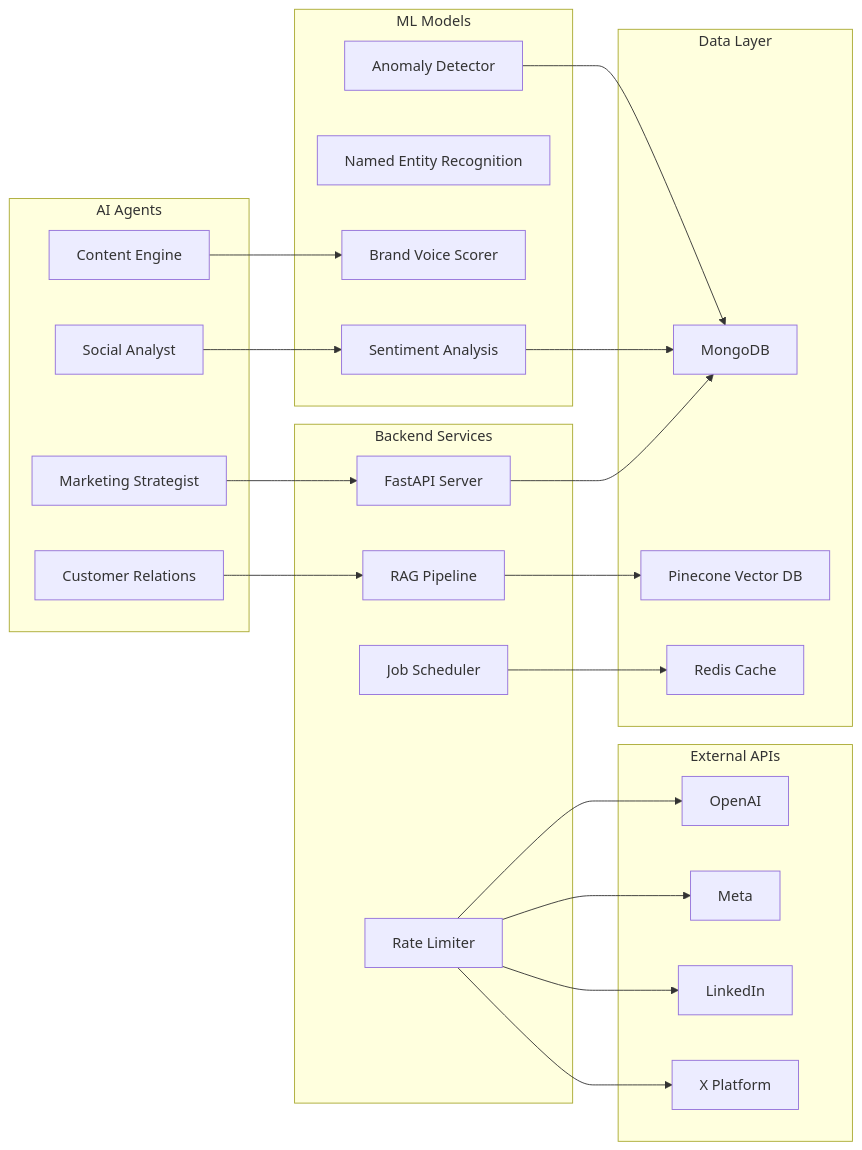
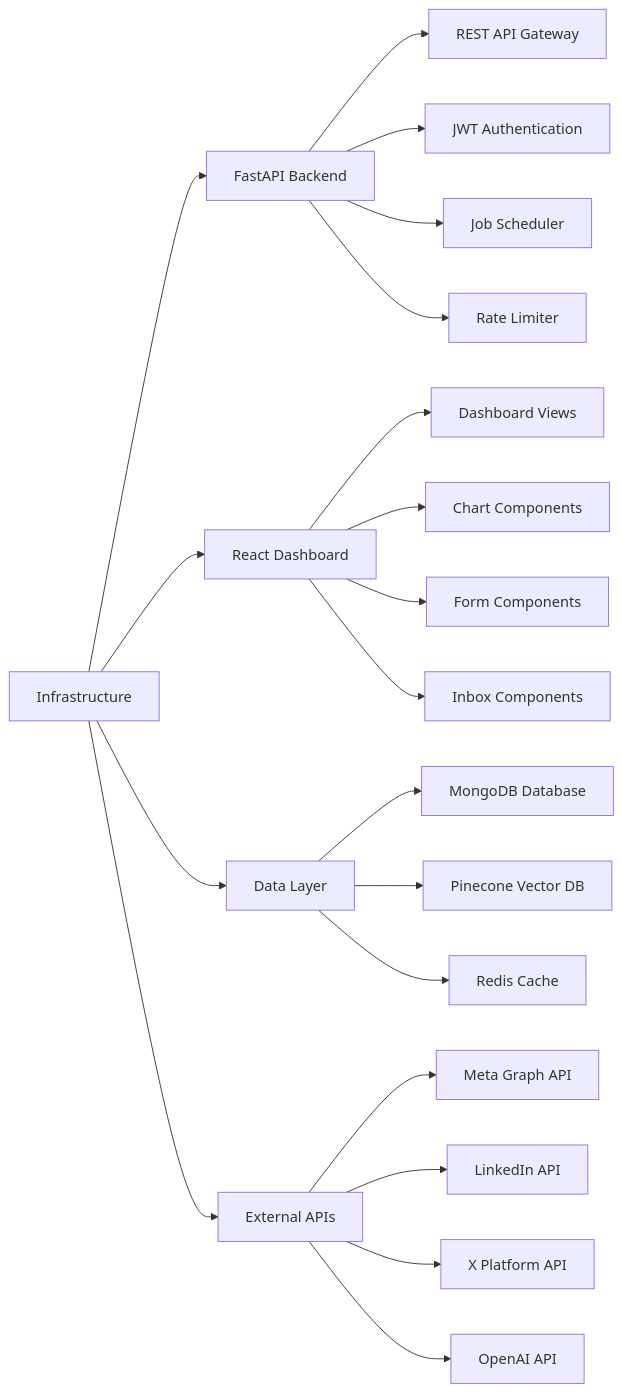
The sixth of 9 diagrams in docs/Scrum/a.md (pulse-mas/pulse-multi-agent-platform), drawn with Mermaid before and after one commit. The commit also changed other lines of this file, not shown here.

````diff
--- a/docs/Scrum/a.md
+++ b/docs/Scrum/a.md
@@ -144,52 +158,28 @@
 ```mermaid
 graph LR
-    subgraph Agents[AI Agents]
-        A1[Marketing Strategist]
-        A2[Social Analyst]
-        A3[Customer Relations]
-        A4[Content Engine]
-    end
+    Infra[Infrastructure]
     
-    subgraph Models[ML Models]
-        M1[Sentiment Analysis]
-        M2[Named Entity Recognition]
-        M3[Brand Voice Scorer]
-        M4[Anomaly Detector]
-    end
+    Infra --> Backend[FastAPI Backend]
+    Infra --> Frontend[React Dashboard]
+    Infra --> Data[Data Layer]
+    Infra --> External[External APIs]
     
-    subgraph Services[Backend Services]
-        S1[FastAPI Server]
-        S2[RAG Pipeline]
-        S3[Job Scheduler]
-        S4[Rate Limiter]
-    end
+    Backend --> BE1[REST API Gateway]
+    Backend --> BE2[JWT Authentication]
+    Backend --> BE3[Job Scheduler]
+    Backend --> BE4[Rate Limiter]
     
-    subgraph Storage[Data Layer]
-        D1[MongoDB]
-        D2[Pinecone Vector DB]
-        D3[Redis Cache]
-    end
+    Frontend --> FE1[Dashboard Views]
+    Frontend --> FE2[Chart Components]
+    Frontend --> FE3[Form Components]
+    Frontend --> FE4[Inbox Components]
     
-    subgraph External[External APIs]
-        E1[OpenAI]
-        E2[Meta]
-        E3[LinkedIn]
-        E4[X Platform]
-    end
+    Data --> D1[MongoDB Database]
+    Data --> D2[Pinecone Vector DB]
+    Data --> D3[Redis Cache]
     
-    A1 --> S1
-    A2 --> M1
-    A3 --> S2
-    A4 --> M3
-    
-    S1 --> D1
-    S2 --> D2
-    S3 --> D3
-    S4 --> E1
-    S4 --> E2
-    S4 --> E3
-    S4 --> E4
-    
-    M1 --> D1
-    M4 --> D1
+    External --> E1[Meta Graph API]
+    External --> E2[LinkedIn API]
+    External --> E3[X Platform API]
+    External --> E4[OpenAI API]
 ```
````
